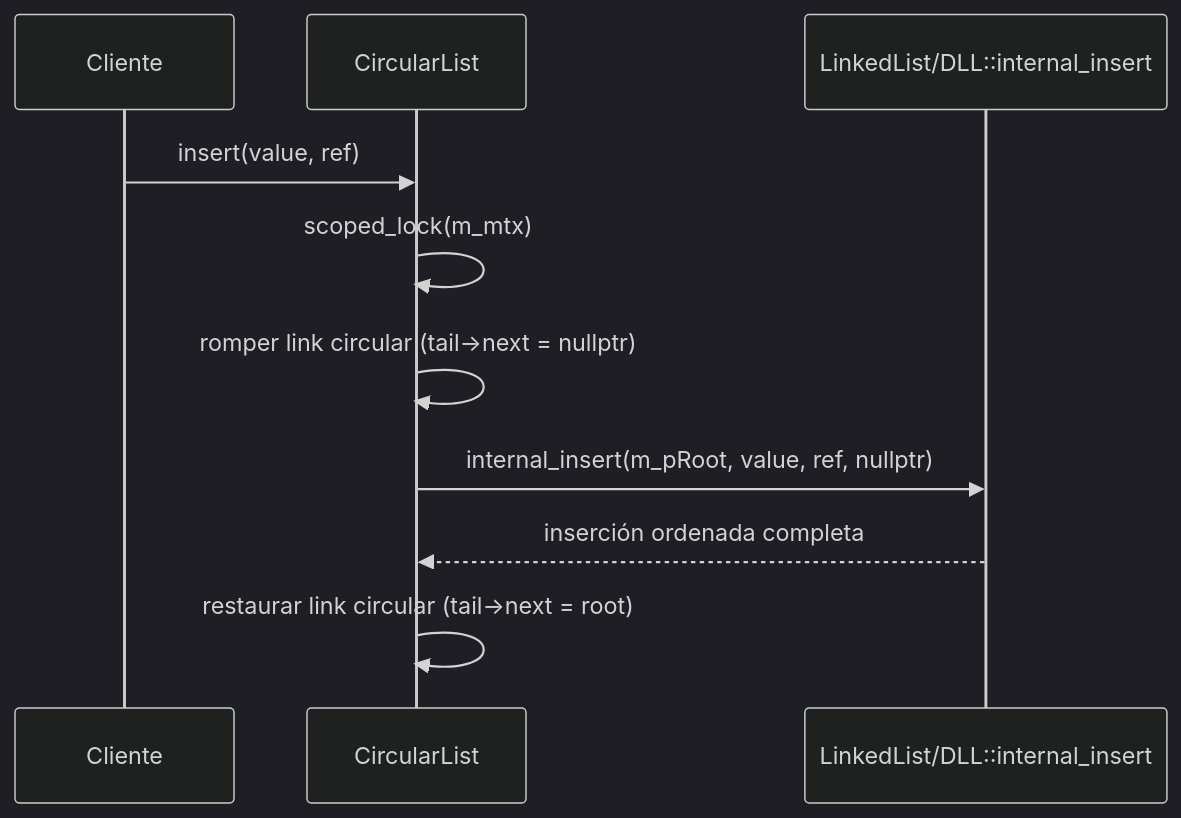
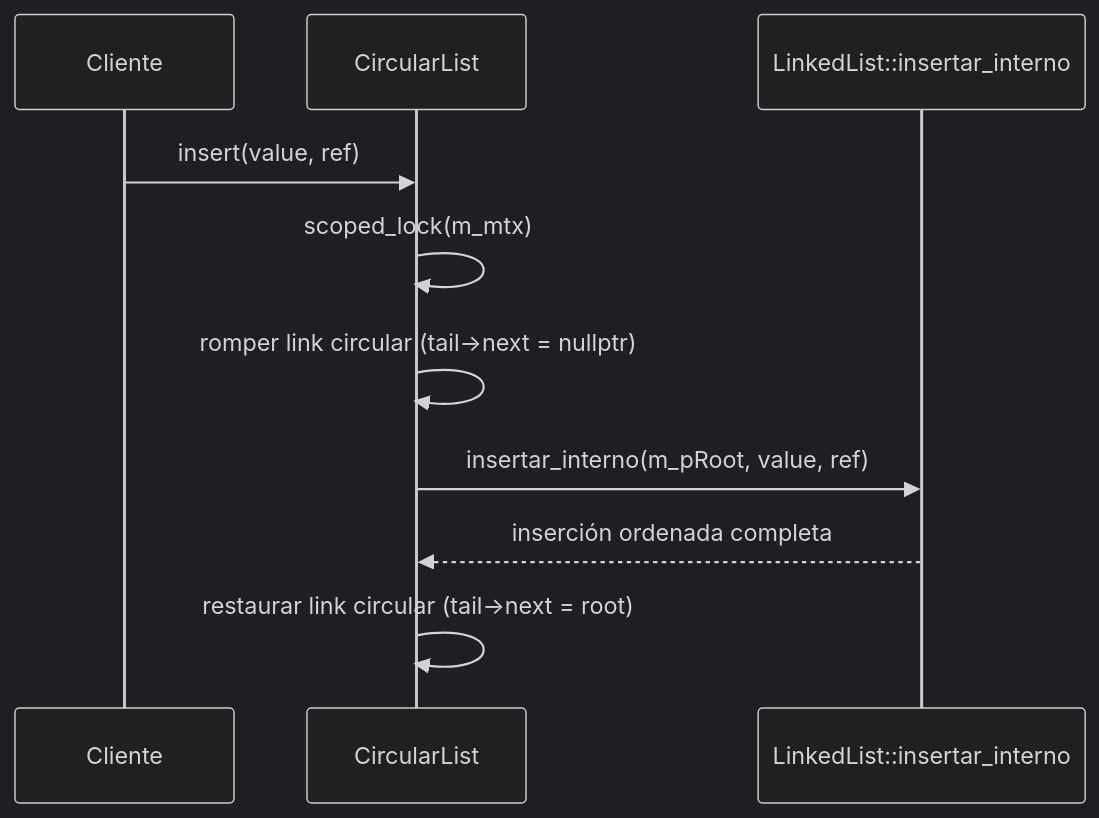
Before and after one commit to Camilo-vinatea/2026-I-MCC001-AED: the seventh of 10 diagrams in docs/architecture.md, drawn with Mermaid (dark theme). The commit also changed other lines of this file and 1 other file, not shown here.

````diff
--- a/docs/architecture.md
+++ b/docs/architecture.md
@@ -402,13 +382,13 @@
 ```mermaid
 sequenceDiagram
     participant Cliente
     participant CircularList
-    participant BaseInsert as LinkedList/DLL::internal_insert
+    participant BaseInsert as LinkedList::insertar_interno
 
     Cliente->>CircularList: insert(value, ref)
     CircularList->>CircularList: scoped_lock(m_mtx)
     CircularList->>CircularList: romper link circular (tail->next = nullptr)
-    CircularList->>BaseInsert: internal_insert(m_pRoot, value, ref, nullptr)
+    CircularList->>BaseInsert: insertar_interno(m_pRoot, value, ref)
     BaseInsert-->>CircularList: inserción ordenada completa
     CircularList->>CircularList: restaurar link circular (tail->next = root)
 ```
````
